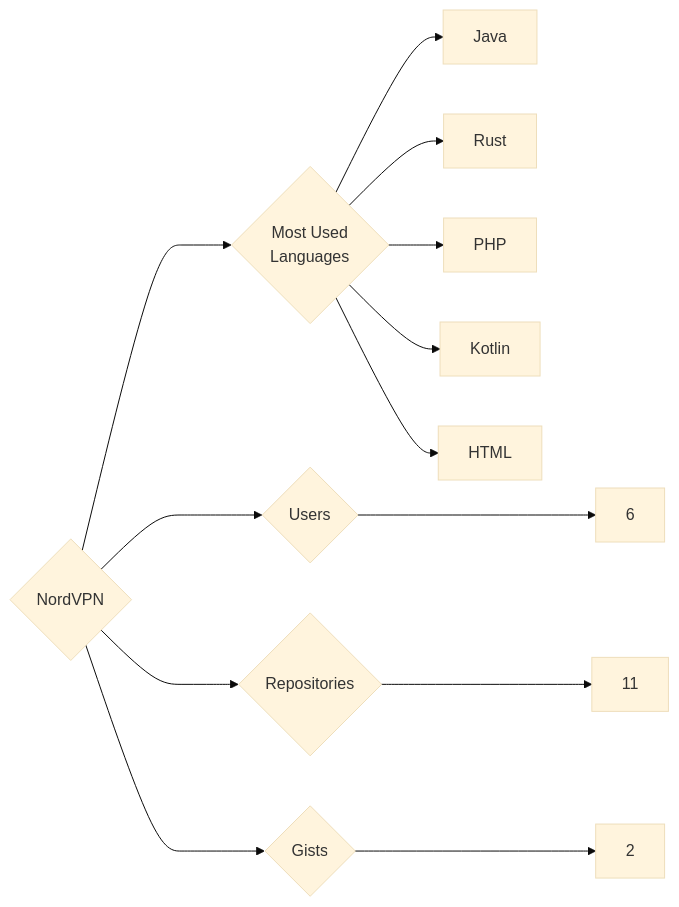
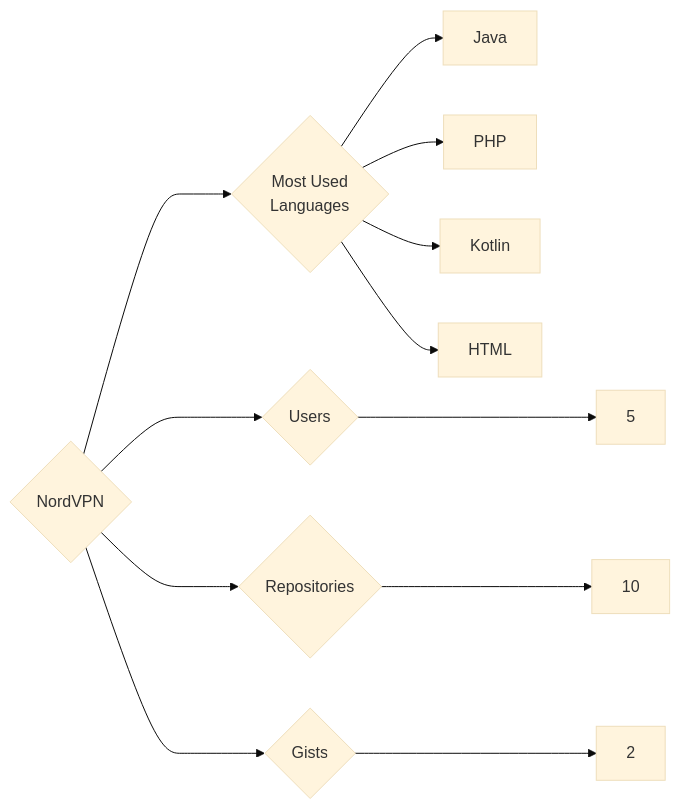
The diagram in targets/NordVPN/README.md (trickest/insiders), drawn with Mermaid (base theme) before and after one commit. The commit also changed 748 other files, not shown here.

````diff
--- a/targets/NordVPN/README.md
+++ b/targets/NordVPN/README.md
@@ -3,13 +3,12 @@
 ```mermaid
 graph LR
 COMPANY_NAME{NordVPN}
-COMPANY_NAME ---> U{Users} ---> UN[6]
-COMPANY_NAME ---> R{Repositories} ---> RN[11]
+COMPANY_NAME ---> U{Users} ---> UN[5]
+COMPANY_NAME ---> R{Repositories} ---> RN[10]
 COMPANY_NAME ---> G{Gists} ---> GN[2]
 COMPANY_NAME ---> ML{Most Used<br>Languages}
 ML --> Java[Java]
-ML --> Rust[Rust]
 ML --> PHP[PHP]
 ML --> Kotlin[Kotlin]
 ML --> HTML[HTML]
 ```
````
